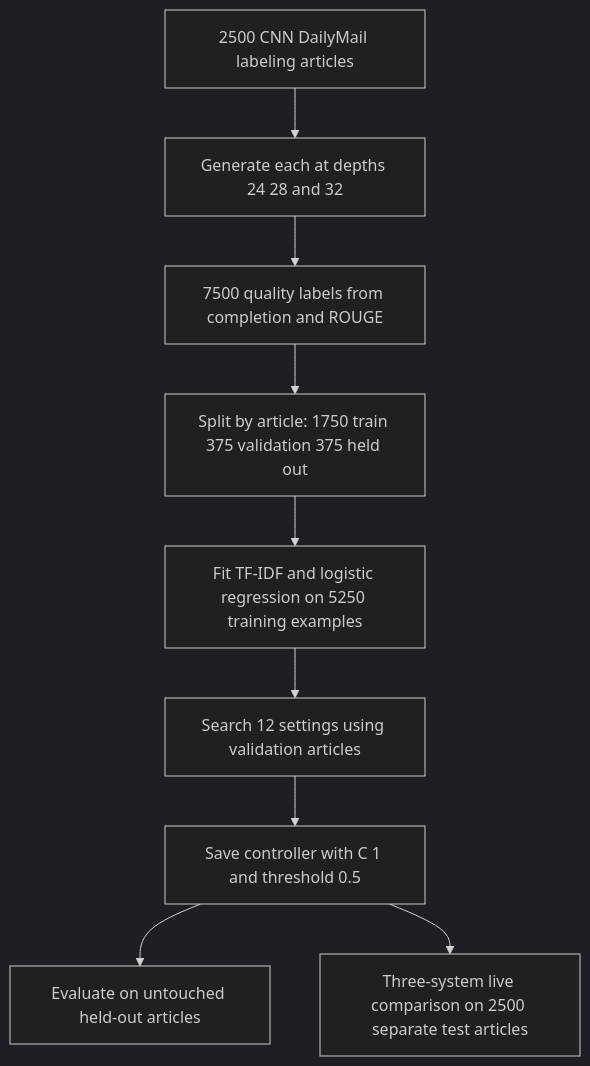
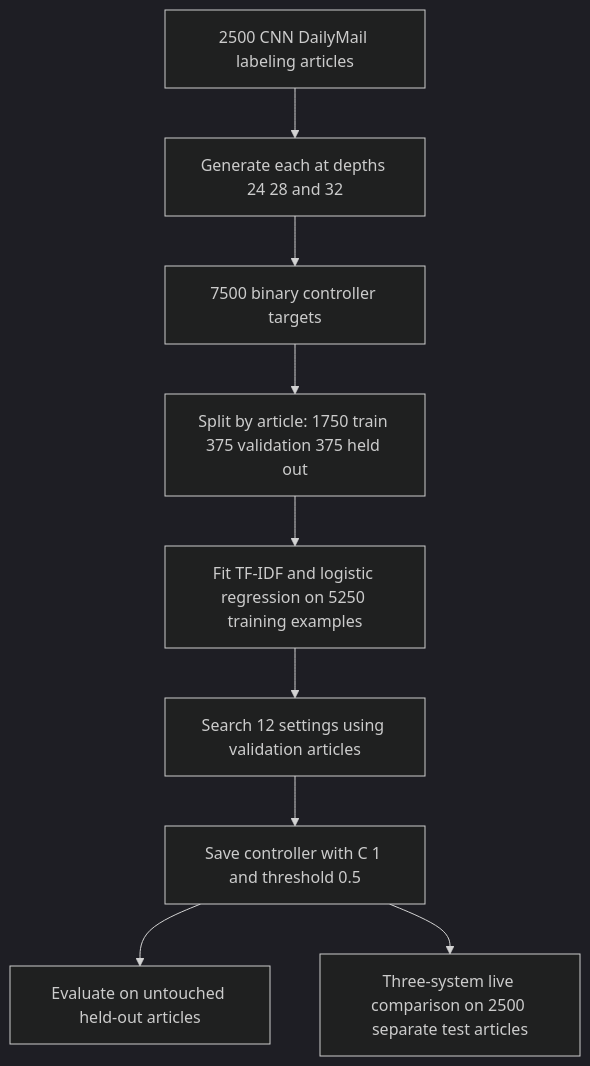
Before and after one commit to Rami2212/PSSN-LLM-Reasoning: the diagram in research-paper-v6.1/traning.md, drawn with Mermaid (dark theme). The commit also changed other lines of this file and 5 other files, not shown here.

````diff
--- a/research-paper-v6.1/traning.md
+++ b/research-paper-v6.1/traning.md
@@ -48,11 +48,11 @@
 ```mermaid
 flowchart TD
     A[2500 CNN DailyMail labeling articles] --> B[Generate each at depths 24 28 and 32]
-    B --> C[7500 quality labels from completion and ROUGE]
+    B --> C[7500 binary controller targets]
     C --> D[Split by article: 1750 train 375 validation 375 held out]
     D --> E[Fit TF-IDF and logistic regression on 5250 training examples]
     E --> F[Search 12 settings using validation articles]
     F --> G[Save controller with C 1 and threshold 0.5]
     G --> H[Evaluate on untouched held-out articles]
     G --> I[Three-system live comparison on 2500 separate test articles]
 ```
````
